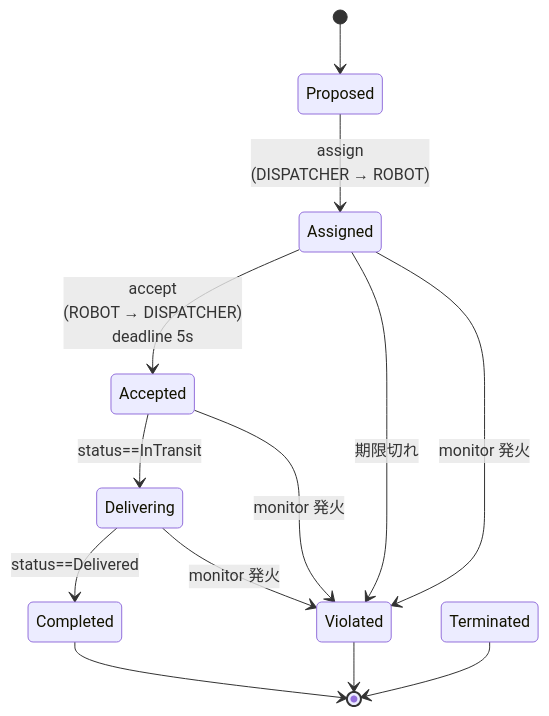
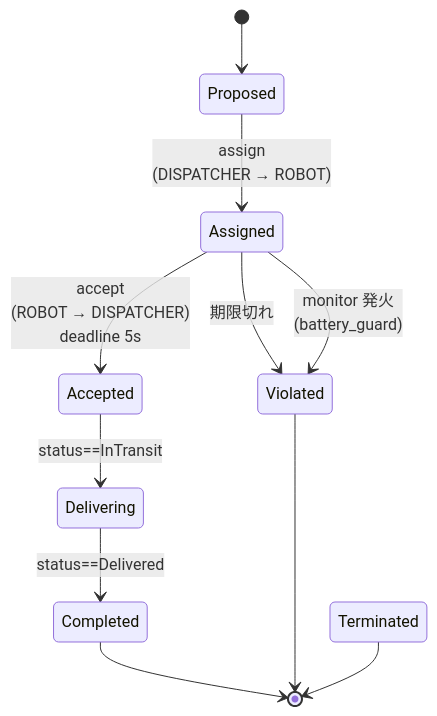
One commit to ertlnagoya/cadl-spec changed the first of 2 diagrams in i18n/ja/docusaurus-plugin-content-docs/current/textbook/05-norms.md. Above: the diagram before and after it, drawn with Mermaid. The commit also changed 10 other files, not shown here.

````diff
--- a/i18n/ja/docusaurus-plugin-content-docs/current/textbook/05-norms.md
+++ b/i18n/ja/docusaurus-plugin-content-docs/current/textbook/05-norms.md
@@ -29,15 +29,13 @@
 ```mermaid
 stateDiagram-v2
   [*] --> Proposed
   Proposed --> Assigned: assign<br/>(DISPATCHER → ROBOT)
   Assigned --> Accepted: accept<br/>(ROBOT → DISPATCHER)<br/>deadline 5s
   Assigned --> Violated: 期限切れ
   Accepted --> Delivering: status==InTransit
   Delivering --> Completed: status==Delivered
-  Delivering --> Violated: monitor 発火
-  Accepted  --> Violated: monitor 発火
-  Assigned  --> Violated: monitor 発火
+  Assigned  --> Violated: monitor 発火<br/>(battery_guard)
   Completed --> [*]
   Violated  --> [*]
   Terminated --> [*]
 ```
````
